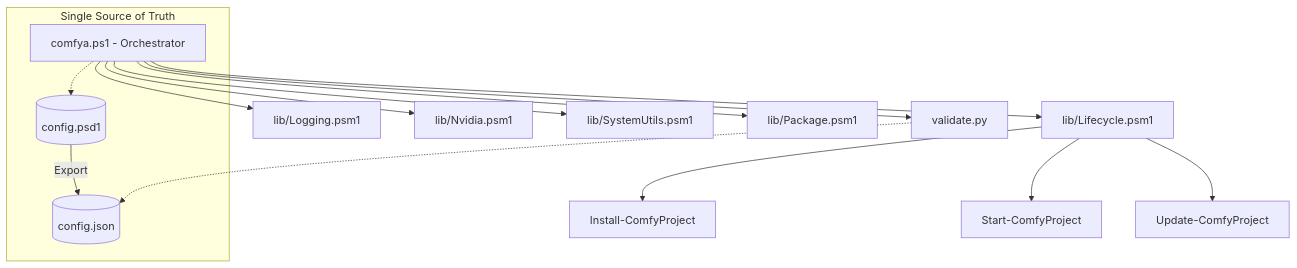
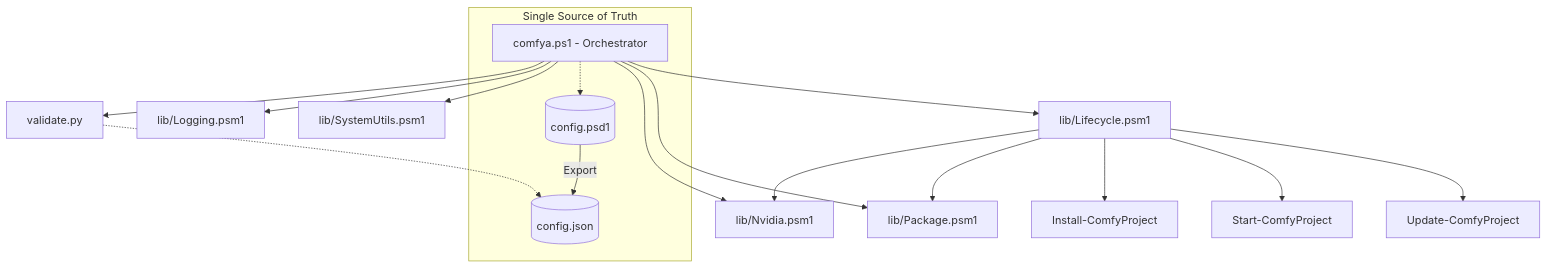
One commit to FeelTheFonk/comfYa changed the diagram in ARCHITECTURE.md. Above: the diagram before and after it, drawn with Mermaid. The commit also changed other lines of this file and 15 other files, not shown here.

````diff
--- a/ARCHITECTURE.md
+++ b/ARCHITECTURE.md
@@ -9,22 +9,24 @@
 ```mermaid
 graph TD
     CLI[comfya.ps1 - Orchestrator] --> L[lib/Logging.psm1]
     CLI --> N[lib/Nvidia.psm1]
     CLI --> S[lib/SystemUtils.psm1]
     CLI --> P[lib/Package.psm1]
     CLI --> Life[lib/Lifecycle.psm1]
+    Life --> P
+    Life --> N
 
     subgraph "Single Source of Truth"
         ConfigPSD[(config.psd1)]
         ConfigJSON[(config.json)]
         CLI -.-> ConfigPSD
         ConfigPSD -- "Export" --> ConfigJSON
     end
 
     Life --> Setup[Install-ComfyProject]
     Life --> Run[Start-ComfyProject]
     Life --> Update[Update-ComfyProject]
     CLI --> Doctor[validate.py]
     
     Doctor -.-> ConfigJSON
 ```
````
